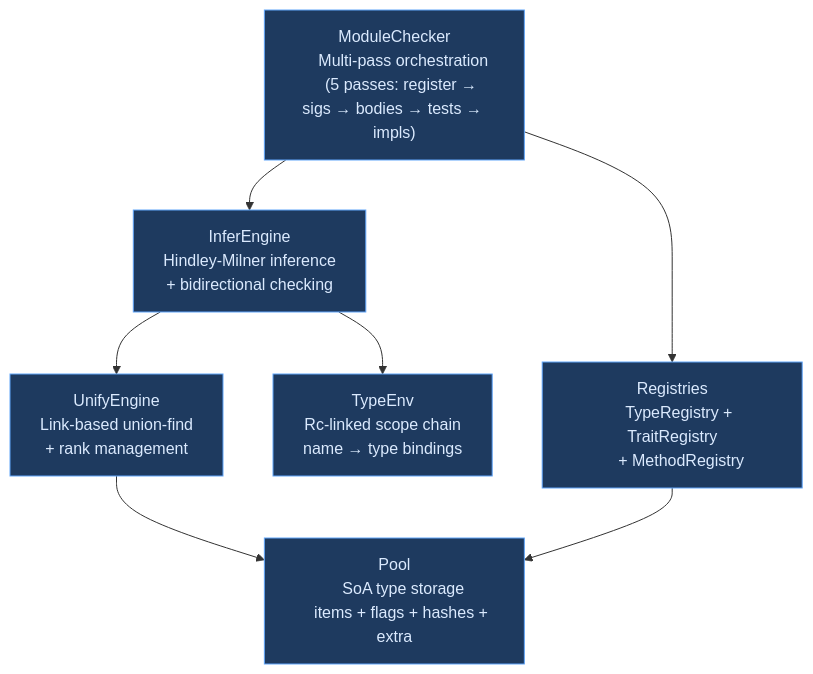
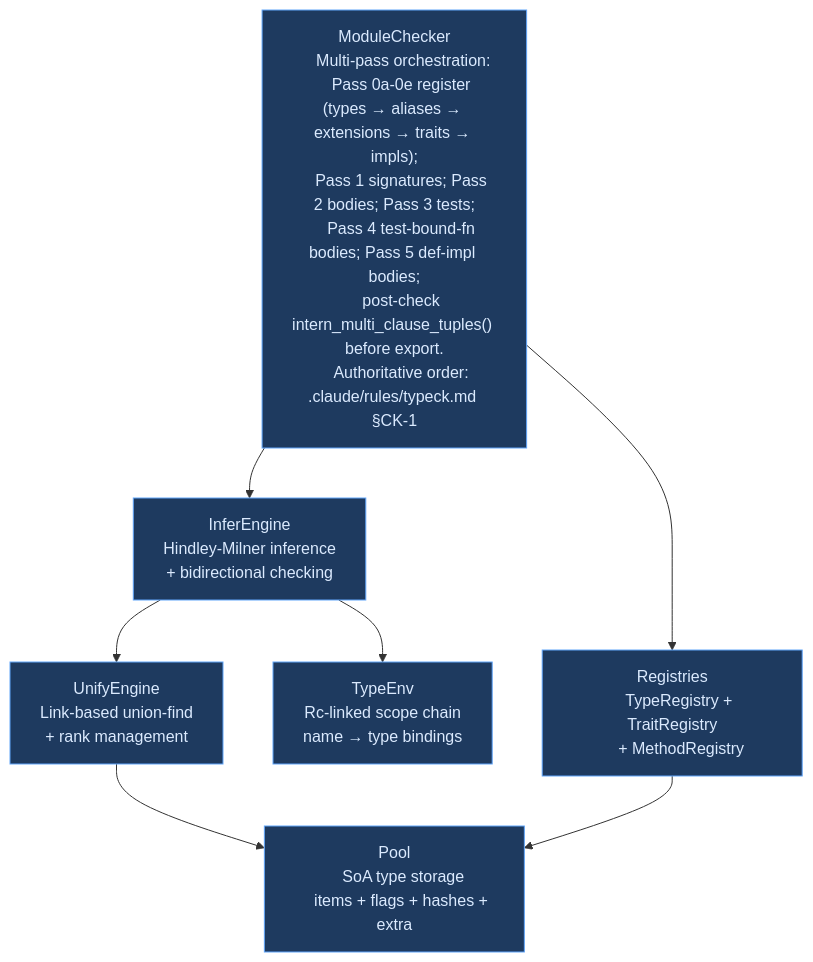
Before and after one commit to upstat-io/ori-lang: the first of 2 diagrams in docs/compiler/design/05-type-system/index.md, drawn with Mermaid. The commit also changed 4 other files, not shown here.

````diff
--- a/docs/compiler/design/05-type-system/index.md
+++ b/docs/compiler/design/05-type-system/index.md
@@ -91,31 +91,35 @@
 ```mermaid
 flowchart TB
     checker["ModuleChecker
-    Multi-pass orchestration
-    (5 passes: register → sigs → bodies → tests → impls)"]
+    Multi-pass orchestration:
+    Pass 0a-0e register (types → aliases → extensions → traits → impls);
+    Pass 1 signatures; Pass 2 bodies; Pass 3 tests;
+    Pass 4 test-bound-fn bodies; Pass 5 def-impl bodies;
+    post-check intern_multi_clause_tuples() before export.
+    Authoritative order: .claude/rules/typeck.md §CK-1"]
     infer["InferEngine
     Hindley-Milner inference
     + bidirectional checking"]
     unify["UnifyEngine
     Link-based union-find
     + rank management"]
     registries["Registries
     TypeRegistry + TraitRegistry
     + MethodRegistry"]
     pool["Pool
     SoA type storage
     items + flags + hashes + extra"]
     env["TypeEnv
     Rc-linked scope chain
     name → type bindings"]
 
     checker --> infer
     checker --> registries
     infer --> unify
     infer --> env
     unify --> pool
     registries --> pool
 
     classDef frontend fill:#1e3a5f,stroke:#60a5fa,color:#dbeafe
     class checker,infer,unify,registries,pool,env frontend
 ```
````
